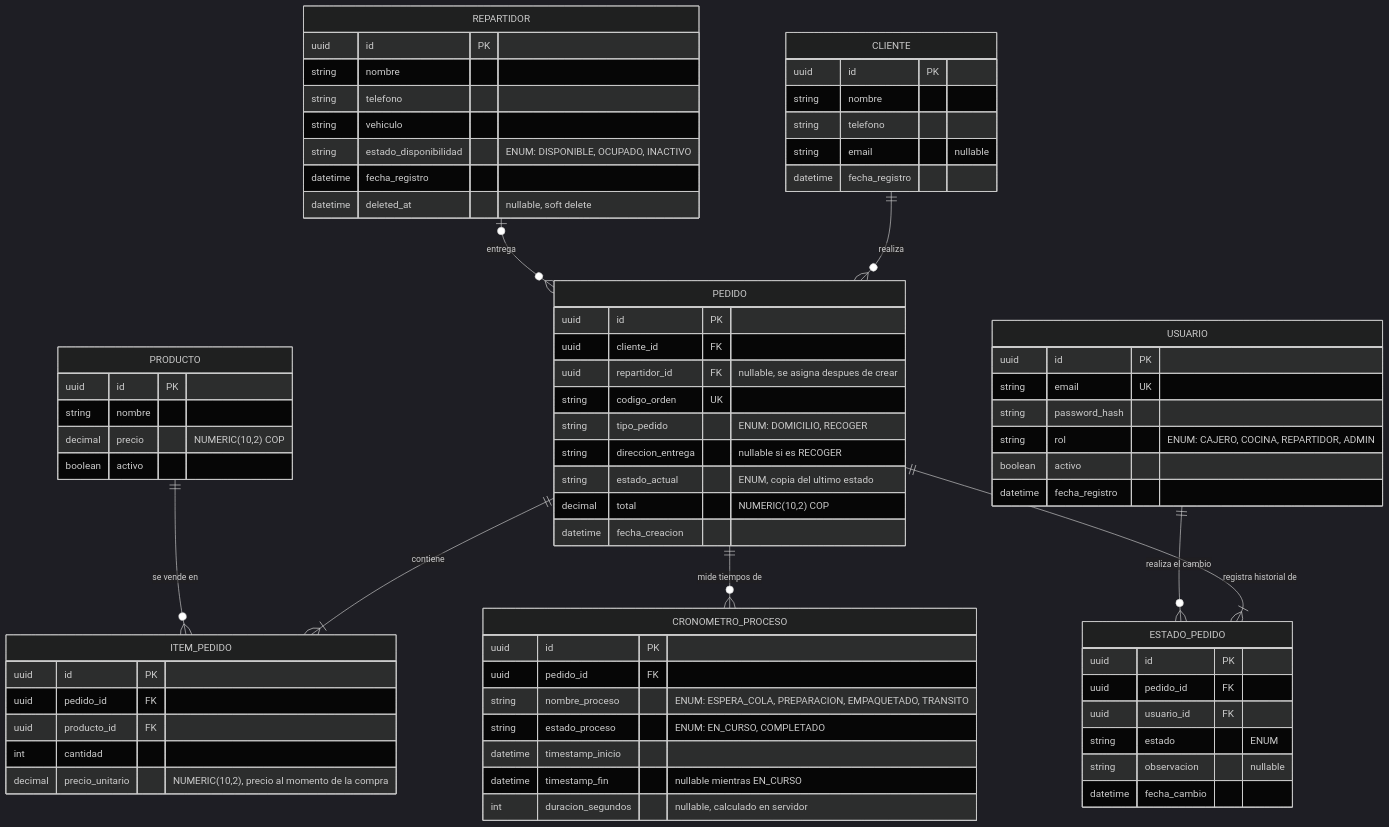
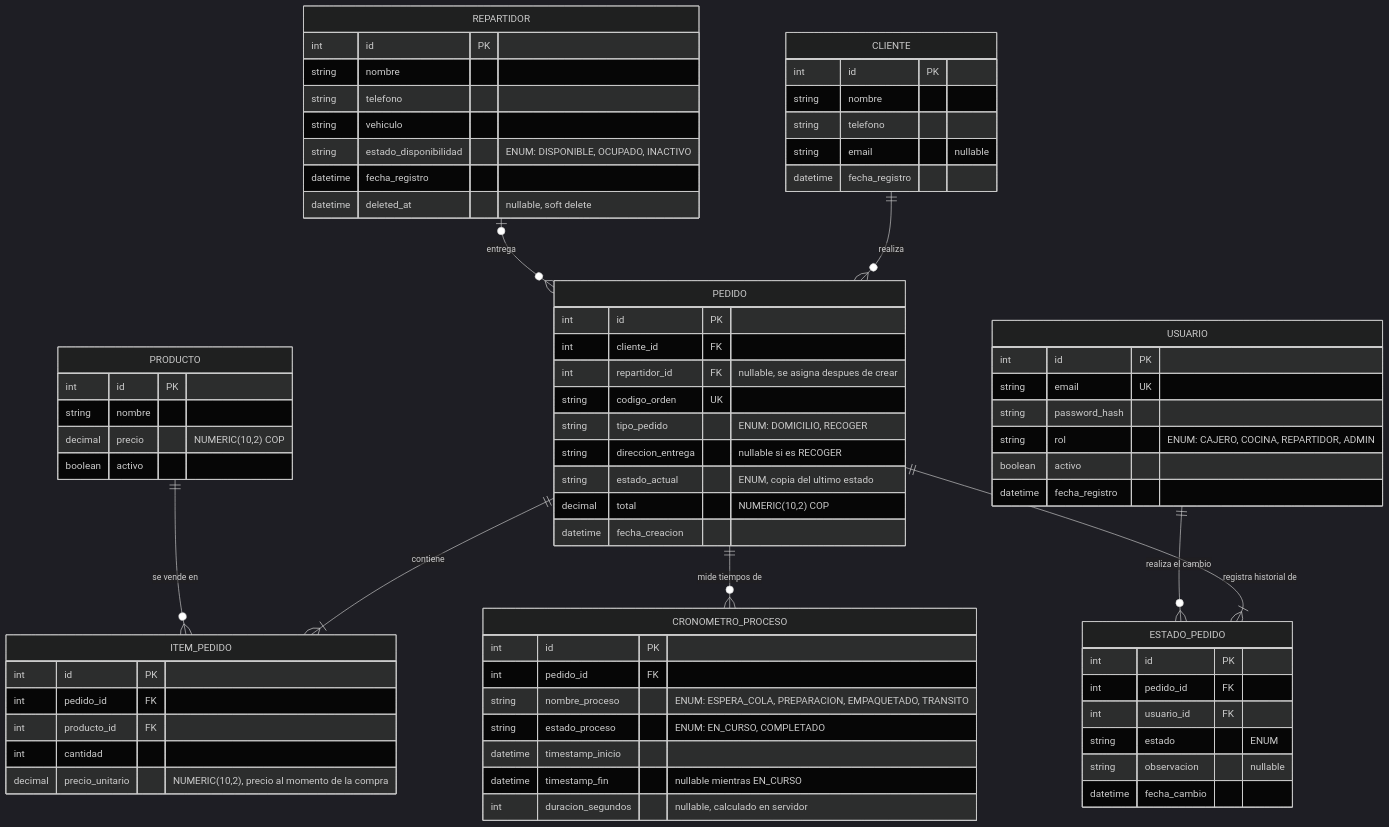
The diagram in README.md (santme17/api-design-ORIZEN-Kitchen-Delivery-Flow-API), drawn with Mermaid (dark theme) before and after one commit. The commit also changed 8 other files, not shown here.

```diff
--- a/README.md
+++ b/README.md
@@ -50,7 +50,7 @@
     PEDIDO ||--o{ CRONOMETRO_PROCESO : "mide tiempos de"
 
     USUARIO {
-        uuid id PK
+        int id PK
         string email UK
         string password_hash
         string rol "ENUM: CAJERO, COCINA, REPARTIDOR, ADMIN"
@@ -59,7 +59,7 @@
     }
 
     CLIENTE {
-        uuid id PK
+        int id PK
         string nombre
         string telefono
         string email "nullable"
@@ -67,7 +67,7 @@
     }
 
     REPARTIDOR {
-        uuid id PK
+        int id PK
         string nombre
         string telefono
         string vehiculo
@@ -77,16 +77,16 @@
     }
 
     PRODUCTO {
-        uuid id PK
+        int id PK
         string nombre
         decimal precio "NUMERIC(10,2) COP"
         boolean activo
     }
 
     PEDIDO {
-        uuid id PK
-        uuid cliente_id FK
-        uuid repartidor_id FK "nullable, se asigna despues de crear"
+        int id PK
+        int cliente_id FK
+        int repartidor_id FK "nullable, se asigna despues de crear"
         string codigo_orden UK
         string tipo_pedido "ENUM: DOMICILIO, RECOGER"
         string direccion_entrega "nullable si es RECOGER"
@@ -96,25 +96,25 @@
     }
 
     ITEM_PEDIDO {
-        uuid id PK
-        uuid pedido_id FK
-        uuid producto_id FK
+        int id PK
+        int pedido_id FK
+        int producto_id FK
         int cantidad
         decimal precio_unitario "NUMERIC(10,2), precio al momento de la compra"
     }
 
     ESTADO_PEDIDO {
-        uuid id PK
-        uuid pedido_id FK
-        uuid usuario_id FK
+        int id PK
+        int pedido_id FK
+        int usuario_id FK
         string estado "ENUM"
         string observacion "nullable"
         datetime fecha_cambio
     }
 
     CRONOMETRO_PROCESO {
-        uuid id PK
-        uuid pedido_id FK
+        int id PK
+        int pedido_id FK
         string nombre_proceso "ENUM: ESPERA_COLA, PREPARACION, EMPAQUETADO, TRANSITO"
         string estado_proceso "ENUM: EN_CURSO, COMPLETADO"
         datetime timestamp_inicio
```
